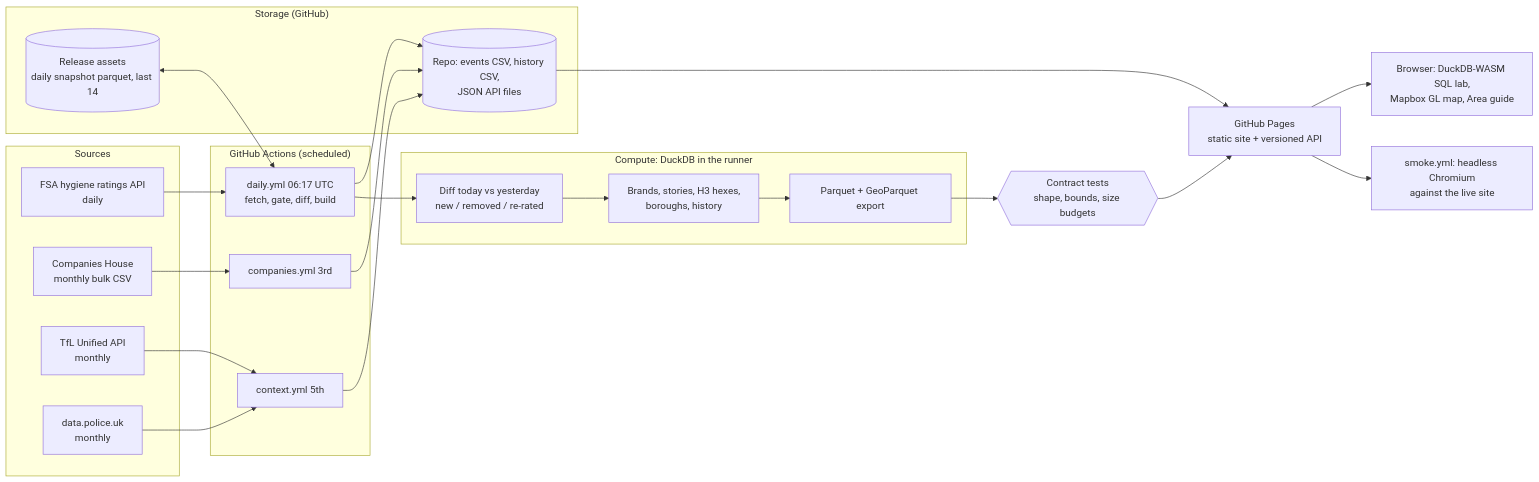
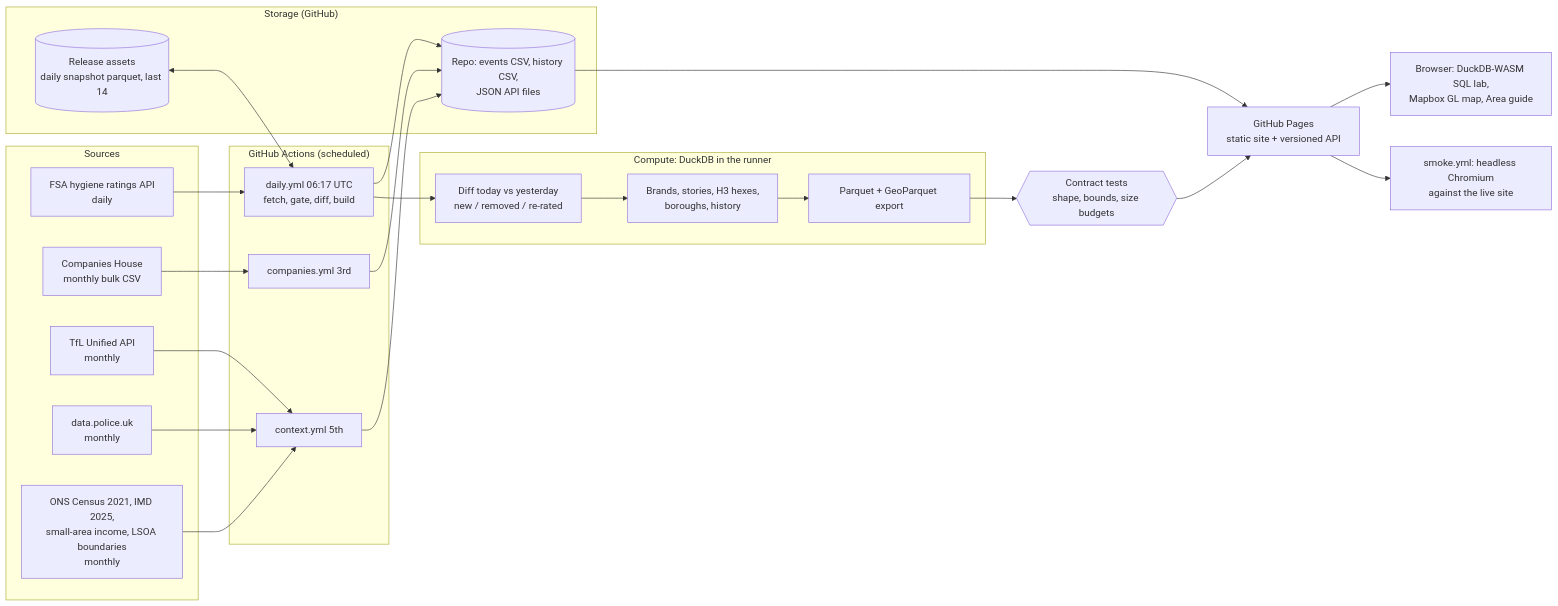
The diagram in docs/ARCHITECTURE.md (cloudcruncher/london-pulse), drawn with Mermaid before and after one commit. The commit also changed other lines of this file and 12 other files, not shown here.

First line of the commit message:
feat: who lives nearby in the Area guide (council tenure, income, deprivation vs recorded crime)

````diff
--- a/docs/ARCHITECTURE.md
+++ b/docs/ARCHITECTURE.md
@@ -9,45 +9,47 @@
 ```mermaid
 flowchart LR
   subgraph Sources
     FSA[FSA hygiene ratings API<br/>daily]
     CH[Companies House<br/>monthly bulk CSV]
     TFL[TfL Unified API<br/>monthly]
     POL[data.police.uk<br/>monthly]
+    ONS[ONS Census 2021, IMD 2025,<br/>small-area income, LSOA boundaries<br/>monthly]
   end
 
   subgraph "GitHub Actions (scheduled)"
     D[daily.yml 06:17 UTC<br/>fetch, gate, diff, build]
     C[companies.yml 3rd]
     X[context.yml 5th]
   end
 
   subgraph "Storage (GitHub)"
     SNAP[(Release assets<br/>daily snapshot parquet, last 14)]
     REPO[(Repo: events CSV, history CSV,<br/>JSON API files)]
   end
 
   subgraph "Compute: DuckDB in the runner"
     DIFF[Diff today vs yesterday<br/>new / removed / re-rated]
     MODEL[Brands, stories, H3 hexes,<br/>boroughs, history]
     PQ[Parquet + GeoParquet export]
   end
 
   GATE{{Contract tests<br/>shape, bounds, size budgets}}
   PAGES[GitHub Pages<br/>static site + versioned API]
   SMOKE[smoke.yml: headless Chromium<br/>against the live site]
   BROWSER[Browser: DuckDB-WASM SQL lab,<br/>Mapbox GL map, Area guide]
 
   FSA --> D
   CH --> C
   TFL --> X
   POL --> X
+  ONS --> X
   D --> DIFF --> MODEL --> PQ
   SNAP <--> D
   D --> REPO
   C --> REPO
   X --> REPO
   PQ --> GATE --> PAGES
   REPO --> PAGES
   PAGES --> SMOKE
   PAGES --> BROWSER
 ```
````
